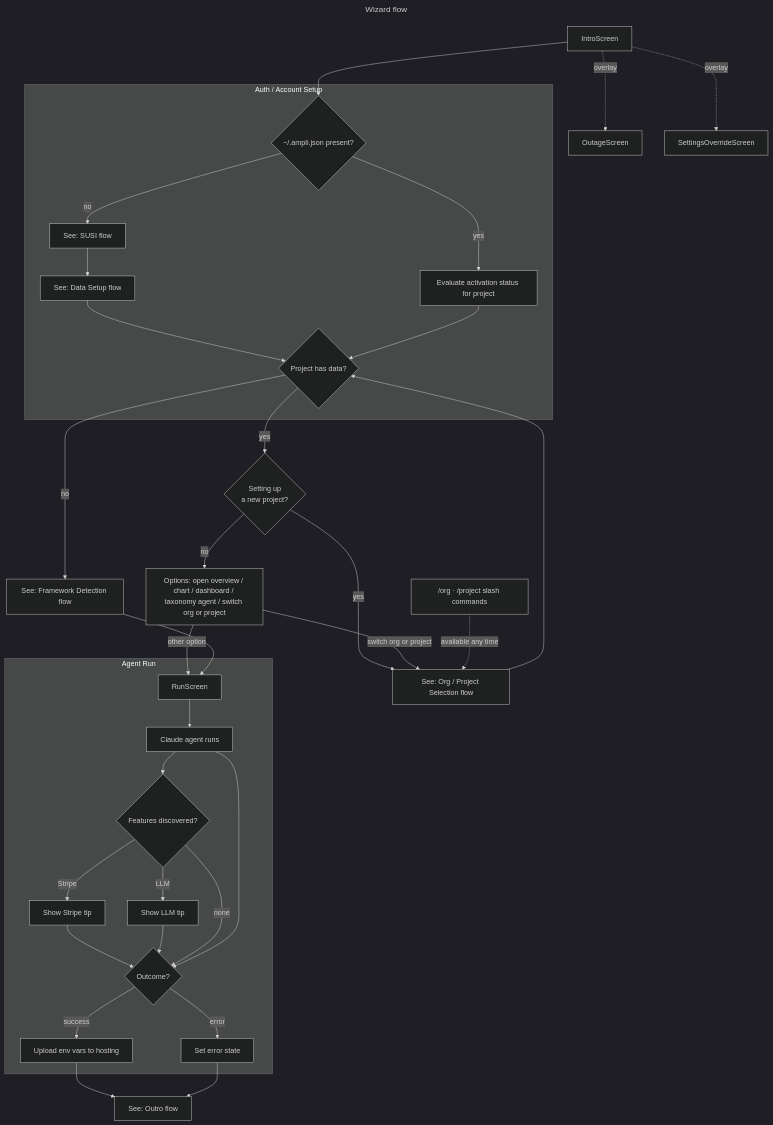
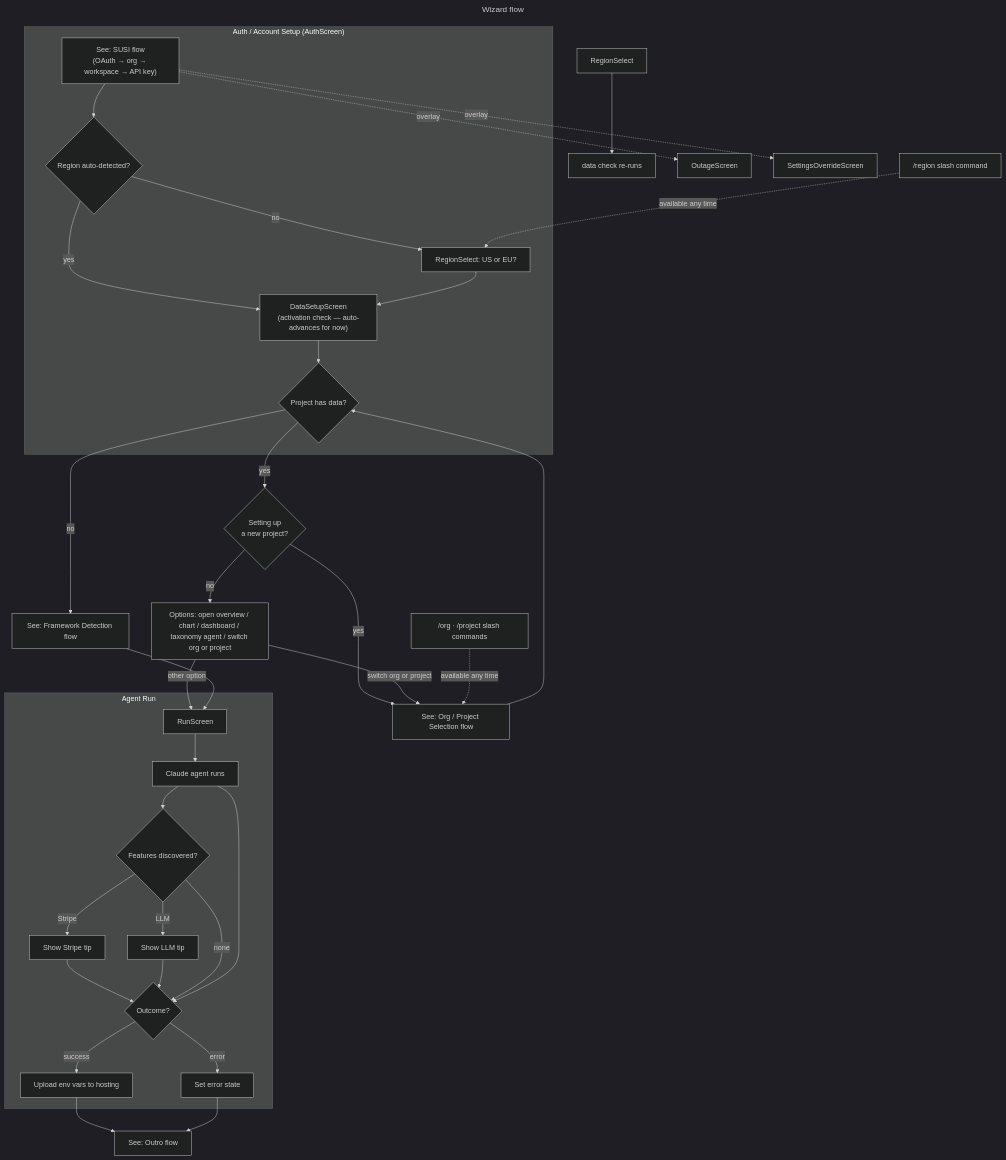
Before and after one commit to amplitude/wizard: the diagram in docs/diagrams/wizard-flow.mmd, drawn with Mermaid (dark theme). The commit also changed 21 other files, not shown here.

First line of the commit message:
Add persistent slash command bar with command mode context

```diff
--- a/docs/diagrams/wizard-flow.mmd
+++ b/docs/diagrams/wizard-flow.mmd
@@ -1,44 +1,43 @@
 ---
 title: Wizard flow
 ---
 flowchart TD
-    START["IntroScreen"] --> AUTH_CHECK
-
-    subgraph AUTH ["Auth / Account Setup"]
-        AUTH_CHECK{~/.ampli.json present?}
-        AUTH_CHECK -->|yes| ACTIVATION["Evaluate activation status for project"]
-        AUTH_CHECK -->|no| SUSI["See: SUSI flow"]
-        SUSI --> DATA_SETUP["See: Data Setup flow"]
-        DATA_SETUP --> DATA_CHECK
-        ACTIVATION --> DATA_CHECK
+    subgraph AUTH ["Auth / Account Setup (AuthScreen)"]
+        SUSI["See: SUSI flow<br/>(OAuth → org → workspace → API key)"]
+        SUSI --> REGION_CHECK{Region auto-detected?}
+        REGION_CHECK -->|yes| DATA_SETUP
+        REGION_CHECK -->|no| REGION_SELECT["RegionSelect: US or EU?"]
+        REGION_SELECT --> DATA_SETUP["DataSetupScreen<br/>(activation check — auto-advances for now)"]
+        DATA_SETUP --> DATA_CHECK{Project has data?}
     end
 
-    DATA_CHECK{Project has data?}
     DATA_CHECK -->|no| FRAMEWORK["See: Framework Detection flow"]
     DATA_CHECK -->|yes| NEW_PROJECT{Setting up<br/>a new project?}
     NEW_PROJECT -->|yes| ORG_PROJECT["See: Org / Project Selection flow"]
     NEW_PROJECT -->|no| OPTIONS["Options: open overview / chart / dashboard / taxonomy agent / switch org or project"]
     ORG_PROJECT --> DATA_CHECK
 
     OPTIONS -->|switch org or project| ORG_PROJECT
     OPTIONS -->|other option| RUN
     FRAMEWORK --> RUN
 
     SLASH_CMD["/org · /project slash commands"] -. available any time .-> ORG_PROJECT
+    SLASH_REGION["/region slash command"] -. available any time .-> REGION_SELECT
+    REGION_SELECT_2["RegionSelect"] --> DATA_CHECK2["data check re-runs"]
 
     subgraph AGENT_RUN ["Agent Run"]
         RUN["RunScreen"] --> AGENT["Claude agent runs"]
         AGENT --> FEATURES{Features discovered?}
         FEATURES -->|Stripe| STRIPE_TIP["Show Stripe tip"] --> OUTCOME
         FEATURES -->|LLM| LLM_TIP["Show LLM tip"] --> OUTCOME
         FEATURES -->|none| OUTCOME
         AGENT --> OUTCOME{Outcome?}
         OUTCOME -->|success| POST["Upload env vars to hosting"]
         OUTCOME -->|error| ERR["Set error state"]
     end
 
     POST --> OUTRO["See: Outro flow"]
     ERR --> OUTRO
 
-    START -. overlay .-> OUTAGE["OutageScreen"]
-    START -. overlay .-> SETTINGS_OVR["SettingsOverrideScreen"]
+    SUSI -. overlay .-> OUTAGE["OutageScreen"]
+    SUSI -. overlay .-> SETTINGS_OVR["SettingsOverrideScreen"]
```
